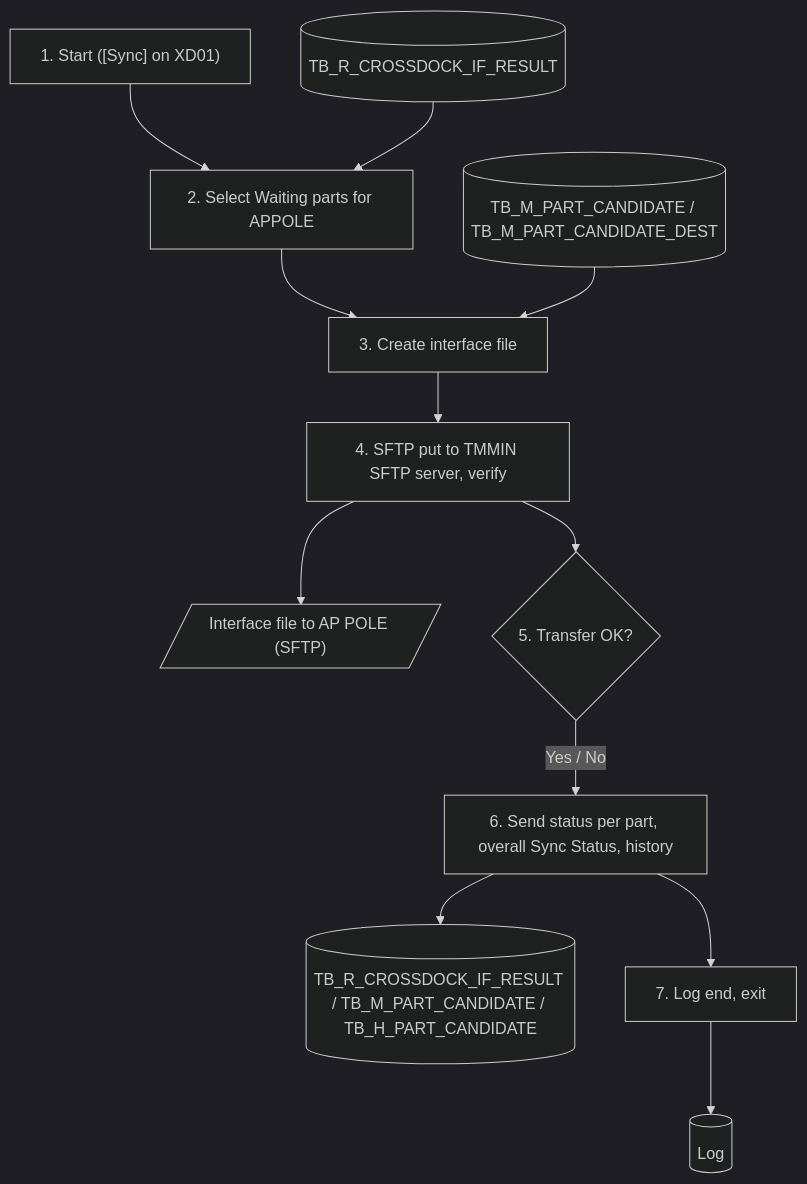
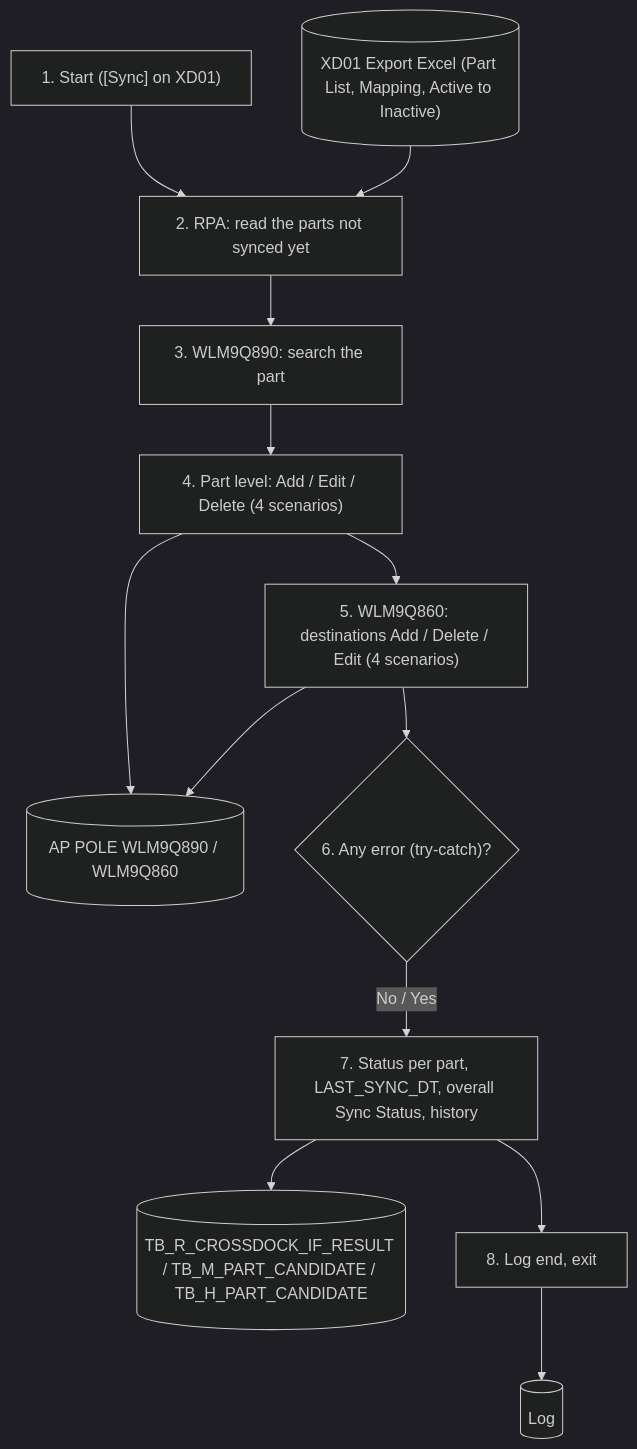
One commit to ivanrayhannn/crossdockpoc changed the second of 2 diagrams in prepare_code/uiss/XD07_Batch_IFCrossDockMasterToAPPOLE.md. Above: the diagram before and after it, drawn with Mermaid (dark theme). The commit also changed other lines of this file and 39 other files, not shown here.

First line of the commit message:
XD07 RPA on AP POLE (WLM9Q890 / WLM9Q860) + AP POLE user guide

````diff
--- a/prepare_code/uiss/XD07_Batch_IFCrossDockMasterToAPPOLE.md
+++ b/prepare_code/uiss/XD07_Batch_IFCrossDockMasterToAPPOLE.md
@@ -93,26 +101,27 @@
 ```mermaid
 flowchart TB
   p1["1. Start ([Sync] on XD01)"]
-  r[("TB_R_CROSSDOCK_IF_RESULT")]
-  p2["2. Select Waiting parts for APPOLE"]
-  m[("TB_M_PART_CANDIDATE / TB_M_PART_CANDIDATE_DEST")]
-  p3["3. Create interface file"]
-  p4["4. SFTP put to TMMIN SFTP server, verify"]
-  x[/"Interface file to AP POLE (SFTP)"/]
-  d{"5. Transfer OK?"}
-  p6["6. Send status per part, overall Sync Status, history"]
+  src[("XD01 Export Excel (Part List, Mapping, Active to Inactive)")]
+  p2["2. RPA: read the parts not synced yet"]
+  p3["3. WLM9Q890: search the part"]
+  p4["4. Part level: Add / Edit / Delete (4 scenarios)"]
+  p5["5. WLM9Q860: destinations Add / Delete / Edit (4 scenarios)"]
+  ap[("AP POLE WLM9Q890 / WLM9Q860")]
+  d{"6. Any error (try-catch)?"}
+  p7["7. Status per part, LAST_SYNC_DT, overall Sync Status, history"]
   o[("TB_R_CROSSDOCK_IF_RESULT / TB_M_PART_CANDIDATE / TB_H_PART_CANDIDATE")]
-  p7["7. Log end, exit"]
+  p8["8. Log end, exit"]
   log[("Log")]
   p1 --> p2
-  r --> p2
+  src --> p2
   p2 --> p3
-  m --> p3
   p3 --> p4
-  p4 --> x
-  p4 --> d
-  d -->|Yes / No| p6
-  p6 --> o
-  p6 --> p7
-  p7 --> log
+  p4 --> p5
+  p4 --> ap
+  p5 --> ap
+  p5 --> d
+  d -->|No / Yes| p7
+  p7 --> o
+  p7 --> p8
+  p8 --> log
 ```
````
